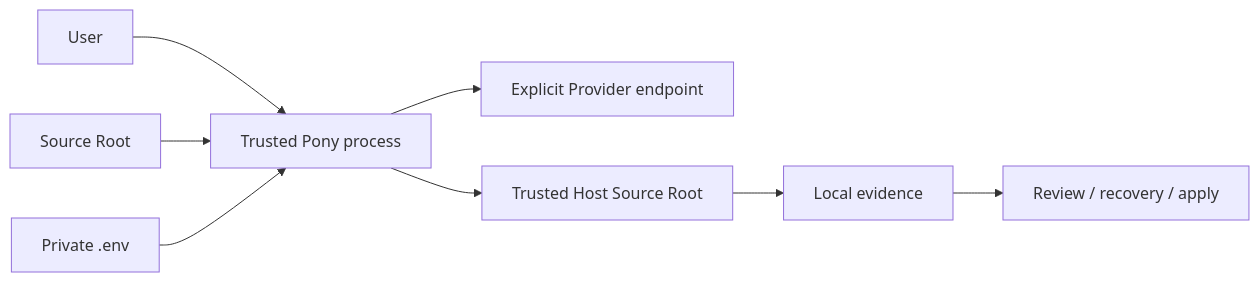
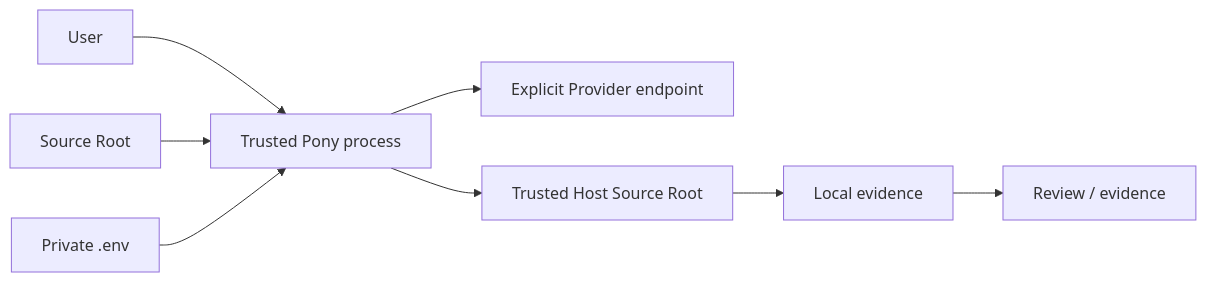
One commit to xiawiie/pony-code changed the first of 2 diagrams in docs/security.md. Above: the diagram before and after it, drawn with Mermaid. The commit also changed other lines of this file and 129 other files, not shown here.

````diff
--- a/docs/security.md
+++ b/docs/security.md
@@ -8,10 +8,10 @@
 ```mermaid
 flowchart LR
     USER["User"] --> CLI["Trusted Pony process"]
     REPO["Source Root"] --> CLI
     ENV["Private .env"] --> CLI
     CLI --> API["Explicit Provider endpoint"]
     CLI --> EXEC["Trusted Host Source Root"]
     EXEC --> EVID["Local evidence"]
-    EVID --> REVIEW["Review / recovery / apply"]
+    EVID --> REVIEW["Review / evidence"]
 ```
````
